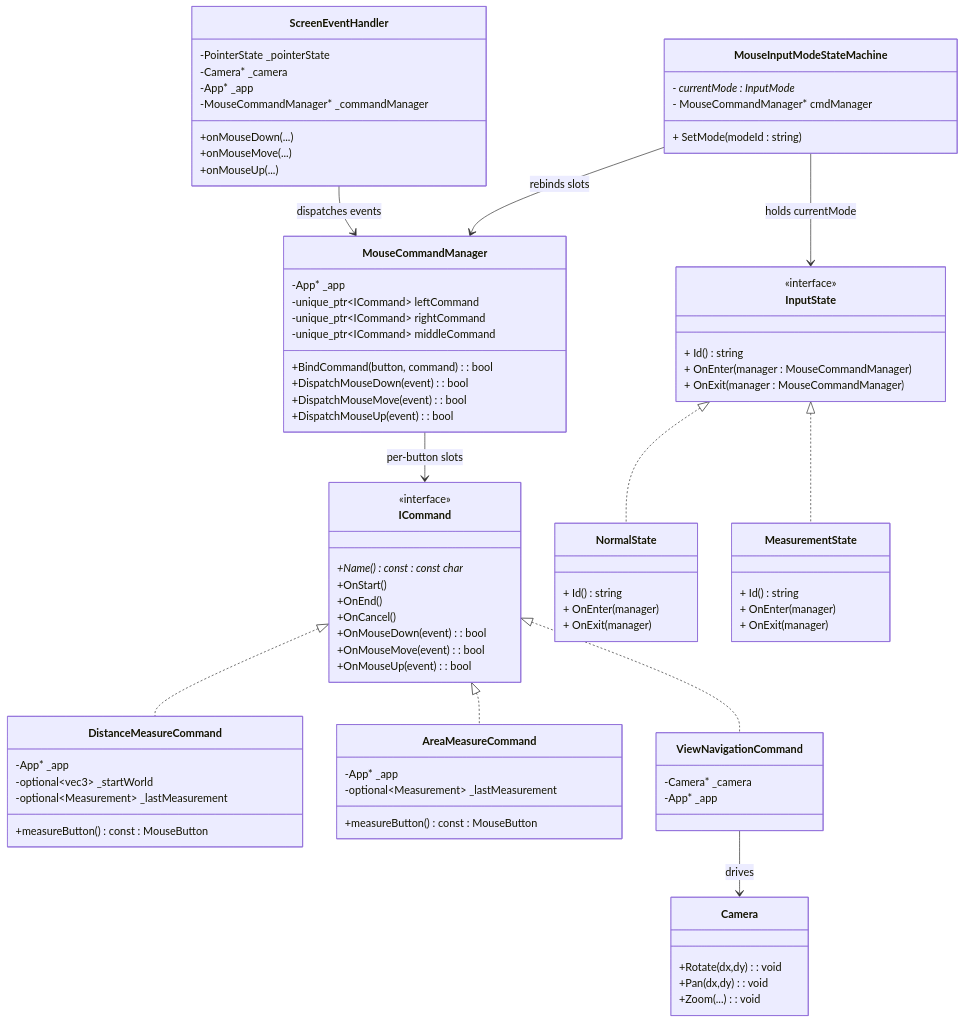
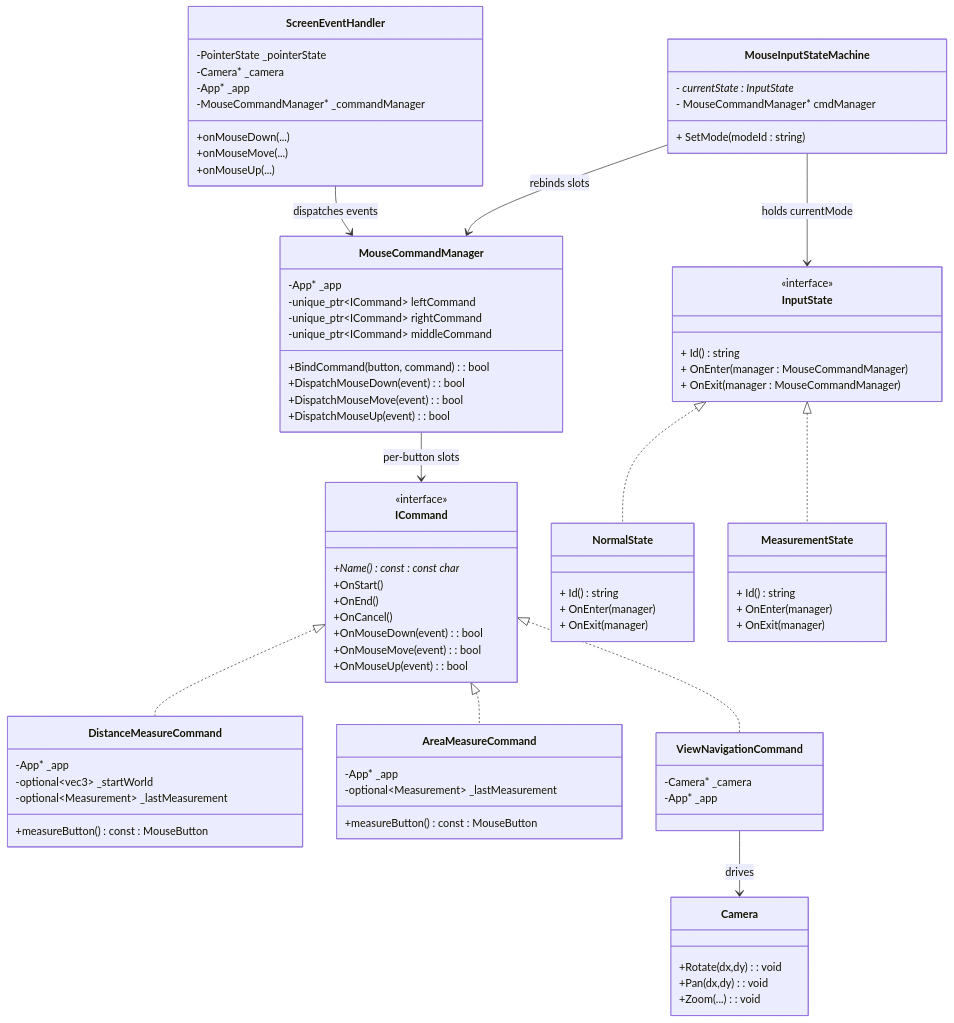
One commit to vfa-khaidt1/vfa-cdn changed the second of 4 diagrams in GraphV3.md. Above: the diagram before and after it, drawn with Mermaid.

````diff
--- a/GraphV3.md
+++ b/GraphV3.md
@@ -110,8 +110,8 @@
         + OnExit(manager)
     }
 
-    class MouseInputModeStateMachine {
-        - currentMode : InputMode*
+    class MouseInputStateMachine {
+        - currentState : InputState*
         - MouseCommandManager* cmdManager
         + SetMode(modeId : string)
     }
@@ -127,6 +127,6 @@
     InputState <|.. NormalState
     InputState <|.. MeasurementState
 
-    MouseInputModeStateMachine --> InputState : holds currentMode
-    MouseInputModeStateMachine --> MouseCommandManager : rebinds slots
+    MouseInputStateMachine --> InputState : holds currentMode
+    MouseInputStateMachine --> MouseCommandManager : rebinds slots
 ```
````
